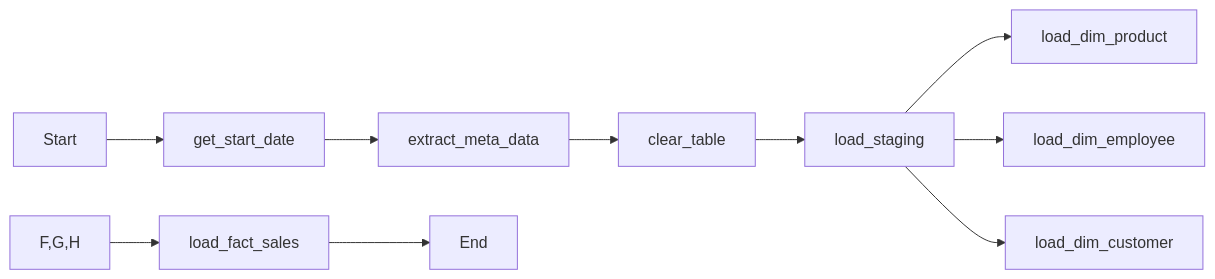
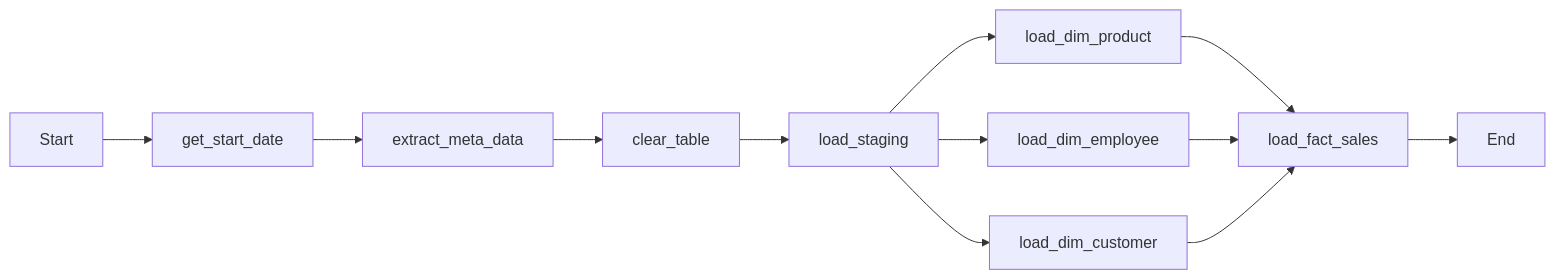
Before and after one commit to nmhlog/mini_project: the diagram in README.md, drawn with Mermaid.

Commit message:
perbaikan mermaid

````diff
--- a/README.md
+++ b/README.md
@@ -45,12 +45,14 @@
 ```mermaid
 flowchart LR
     A[Start] --> B[get_start_date]
     B --> C[extract_meta_data]
     C --> D[clear_table]
     D --> E[load_staging]
     E --> F[load_dim_product]
     E --> G[load_dim_employee]
     E --> H[load_dim_customer]
-    F,G,H --> I[load_fact_sales]
+    F --> I[load_fact_sales]
+    G --> I
+    H --> I
     I --> J[End]
 ```
````
